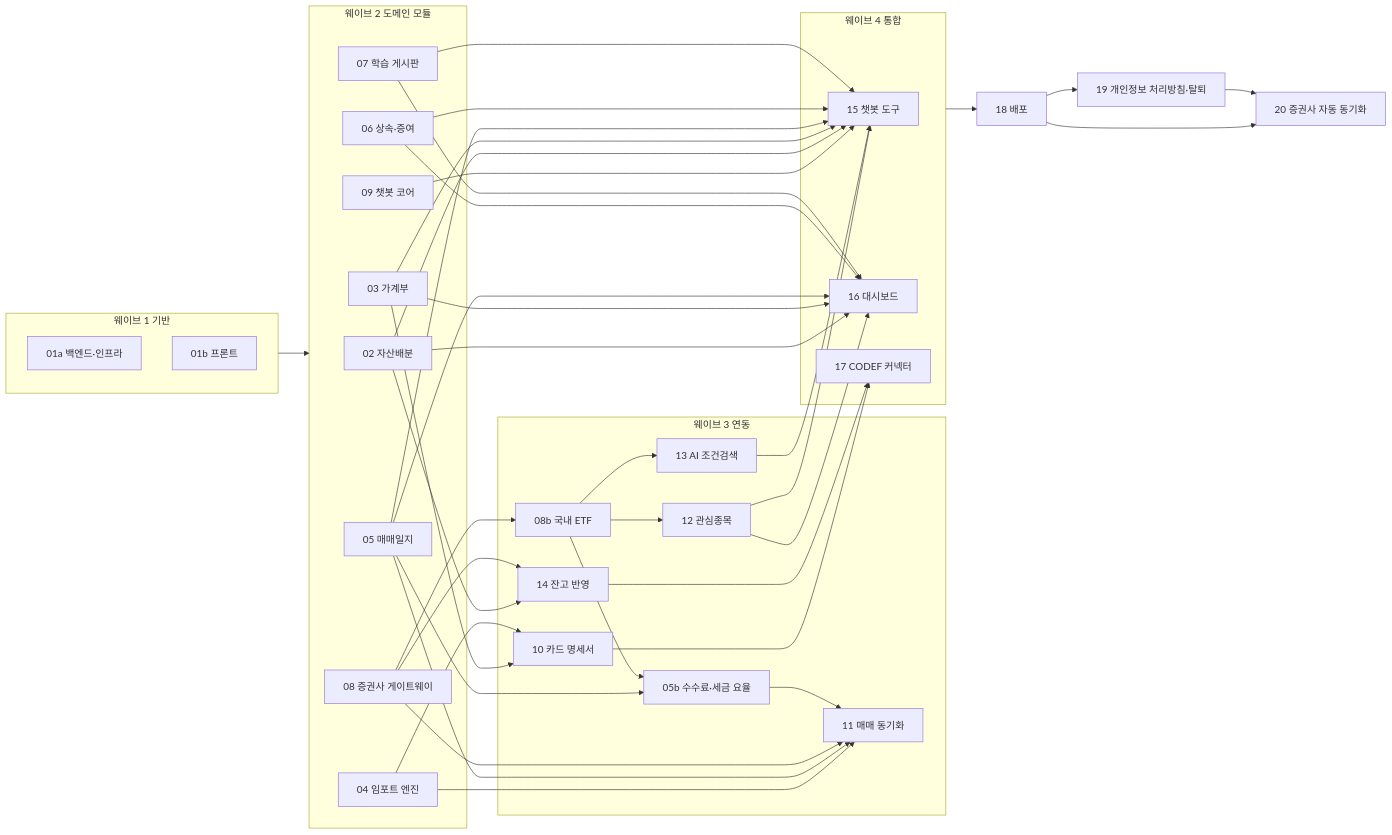
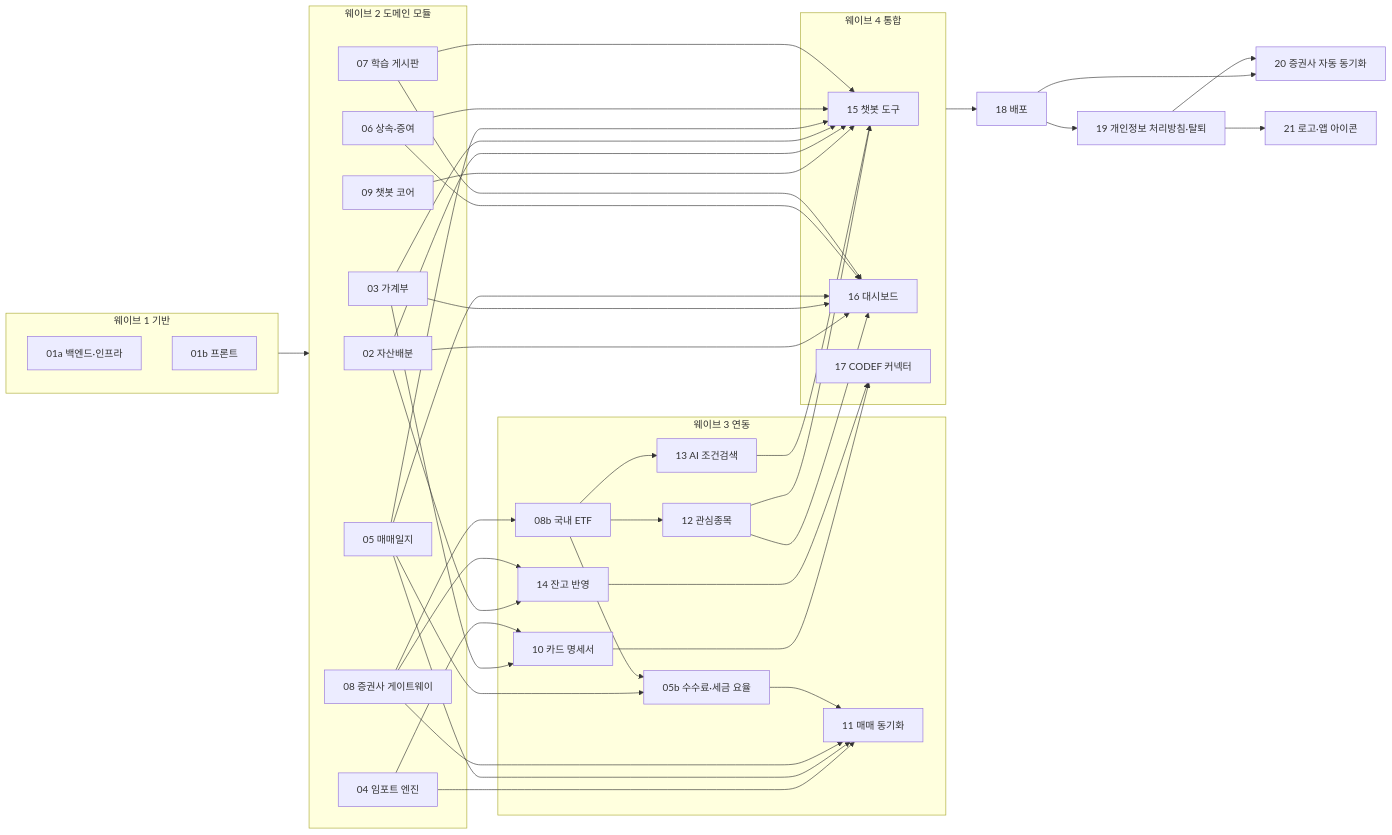
The diagram in docs/roadmap.md (ohch9712/all-weather-finance), drawn with Mermaid before and after one commit. The commit also changed other lines of this file and 3 other files, not shown here.

````diff
--- a/docs/roadmap.md
+++ b/docs/roadmap.md
@@ -8,56 +8,58 @@
 ```mermaid
 flowchart LR
   subgraph W1[웨이브 1 기반]
     T01a[01a 백엔드·인프라]
     T01b[01b 프론트]
   end
   subgraph W2[웨이브 2 도메인 모듈]
     T02[02 자산배분]
     T03[03 가계부]
     T04[04 임포트 엔진]
     T05[05 매매일지]
     T06[06 상속·증여]
     T07[07 학습 게시판]
     T08[08 증권사 게이트웨이]
     T09[09 챗봇 코어]
   end
   subgraph W3[웨이브 3 연동]
     T10[10 카드 명세서]
     T11[11 매매 동기화]
     T05b[05b 수수료·세금 요율]
     T08b[08b 국내 ETF]
     T12[12 관심종목]
     T13[13 AI 조건검색]
     T14[14 잔고 반영]
   end
   subgraph W4[웨이브 4 통합]
     T15[15 챗봇 도구]
     T16[16 대시보드]
     T17[17 CODEF 커넥터]
   end
   T18[18 배포]
   T19[19 개인정보 처리방침·탈퇴]
   T20[20 증권사 자동 동기화]
+  T21[21 로고·앱 아이콘]
   W1 --> W2
   T03 --> T10
   T04 --> T10
   T04 --> T11
   T05 --> T11
   T08 --> T11
   T08 --> T08b
   T05 --> T05b
   T08b --> T05b
   T05b --> T11
   T08b --> T12
   T08b --> T13
   T02 --> T14
   T08 --> T14
   T09 --> T15
   T02 & T03 & T05 & T06 & T07 & T12 & T13 --> T15
   T02 & T03 & T05 & T06 & T07 & T12 --> T16
   T10 --> T17
   T14 --> T17
   W4 --> T18
   T18 --> T19
   T18 & T19 --> T20
+  T19 --> T21
 ```
````
